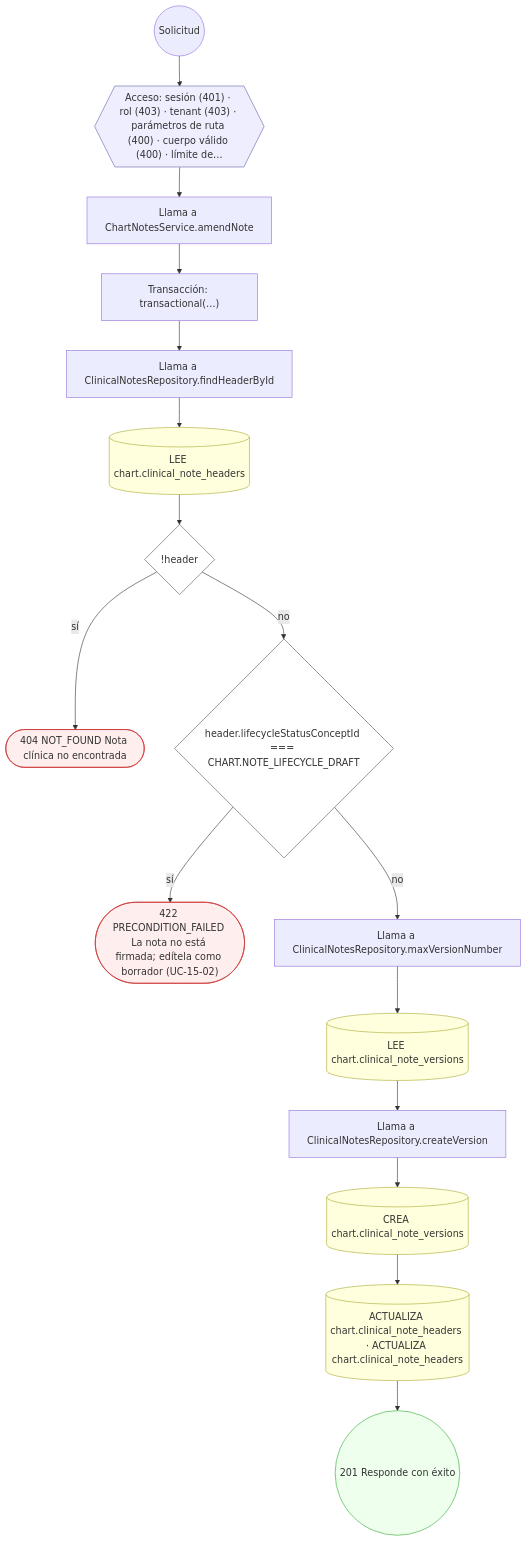
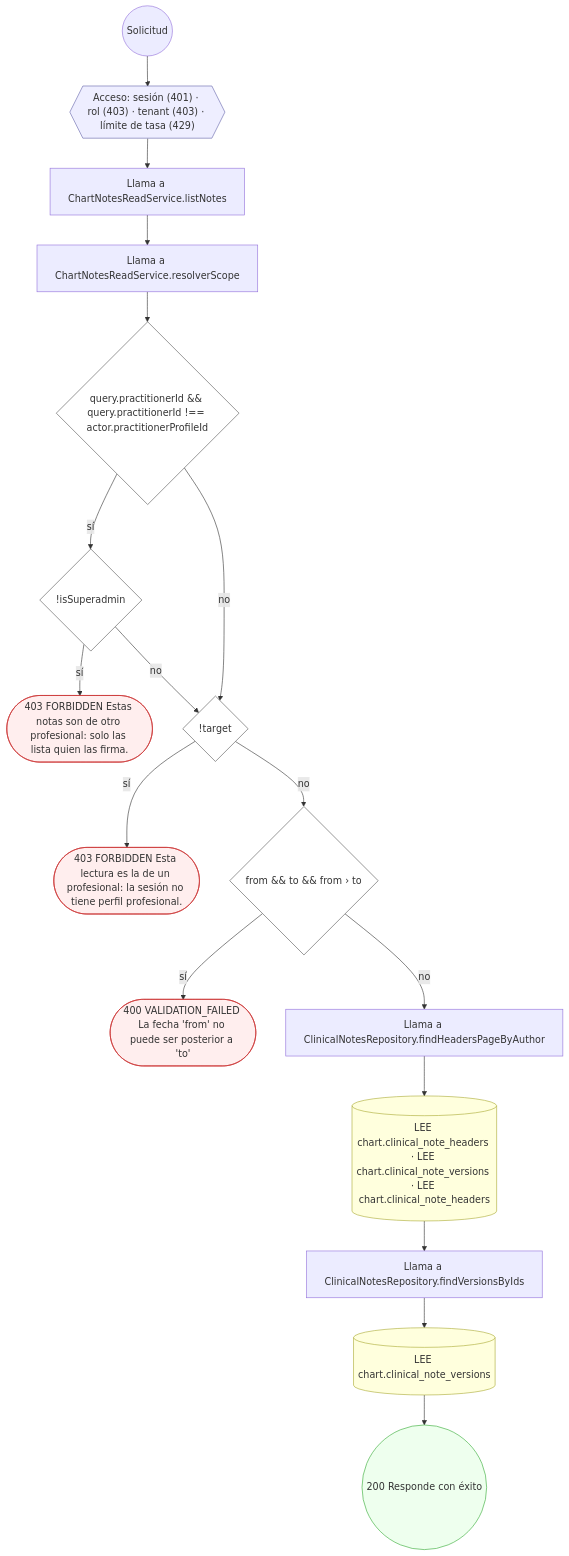
One commit to mdavila-2001/mantra-core-health-api changed diagram 11 of 23 in docs/inventario/flujos/chart.md. Above: the diagram before and after it, drawn with Mermaid. The commit also changed other lines of this file and 451 other files, not shown here.

````diff
--- a/docs/inventario/flujos/chart.md
+++ b/docs/inventario/flujos/chart.md
@@ -351,40 +1187,41 @@
 ```mermaid
 flowchart TD
   n1(("Solicitud")):::inicio
-  n2{{"Acceso: sesión (401) · rol (403) · tenant (403) · parámetros de ruta (400) · cuerpo válido (400) · límite de…"}}:::acceso
+  n2{{"Acceso: sesión (401) · rol (403) · tenant (403) · límite de tasa (429)"}}:::acceso
   n1 --> n2
-  n3["Llama a ChartNotesService.amendNote"]:::llamada
+  n3["Llama a ChartNotesReadService.listNotes"]:::llamada
   n2 --> n3
-  n4["Transacción: transactional(…)"]:::transaccion
+  n4["Llama a ChartNotesReadService.resolverScope"]:::llamada
   n3 --> n4
-  n5["Llama a ClinicalNotesRepository.findHeaderById"]:::llamada
+  n5{"query.practitionerId && query.practitionerId !== actor.practitionerProfileId"}:::decision
   n4 --> n5
-  n6[("LEE chart.clinical_note_headers")]:::efecto
-  n5 --> n6
-  n7{"!header"}:::decision
-  n6 --> n7
-  n8(["404 NOT_FOUND Nota clínica no encontrada"]):::error
-  n7 -->|"sí"| n8
-  n9{"header.lifecycleStatusConceptId === CHART.NOTE_LIFECYCLE_DRAFT"}:::decision
-  n7 -->|"no"| n9
-  n10(["422 PRECONDITION_FAILED La nota no está firmada; edítela como borrador (UC-15-02)"]):::error
-  n9 -->|"sí"| n10
-  n11["Llama a ClinicalNotesRepository.maxVersionNumber"]:::llamada
-  n9 -->|"no"| n11
-  n12[("LEE chart.clinical_note_versions")]:::efecto
-  n11 --> n12
-  n13["Llama a ClinicalNotesRepository.createVersion"]:::llamada
+  n6{"!isSuperadmin"}:::decision
+  n5 -->|"sí"| n6
+  n7(["403 FORBIDDEN Estas notas son de otro profesional: solo las lista quien las firma."]):::error
+  n6 -->|"sí"| n7
+  n8{"!target"}:::decision
+  n6 -->|"no"| n8
+  n5 -->|"no"| n8
+  n9(["403 FORBIDDEN Esta lectura es la de un profesional: la sesión no tiene perfil profesional."]):::error
+  n8 -->|"sí"| n9
+  n10{"from && to && from › to"}:::decision
+  n8 -->|"no"| n10
+  n11(["400 VALIDATION_FAILED La fecha 'from' no puede ser posterior a 'to'"]):::error
+  n10 -->|"sí"| n11
+  n12["Llama a ClinicalNotesRepository.findHeadersPageByAuthor"]:::llamada
+  n10 -->|"no"| n12
+  n13[("LEE chart.clinical_note_headers · LEE chart.clinical_note_versions · LEE chart.clinical_note_headers")]:::efecto
   n12 --> n13
-  n14[("CREA chart.clinical_note_versions")]:::efecto
+  n14["Llama a ClinicalNotesRepository.findVersionsByIds"]:::llamada
   n13 --> n14
-  n15[("ACTUALIZA chart.clinical_note_headers · ACTUALIZA chart.clinical_note_headers")]:::efecto
+  n15[("LEE chart.clinical_note_versions")]:::efecto
   n14 --> n15
-  n16(("201 Responde con éxito")):::ok
+  n16(("200 Responde con éxito")):::ok
   n15 --> n16
   classDef acceso fill:#eef,stroke:#66a
   classDef error fill:#fee,stroke:#c33
   classDef ok fill:#efe,stroke:#3a3
   classDef efecto fill:#ffd,stroke:#aa3
   classDef decision fill:#fff,stroke:#555
   classDef corte fill:#eee,stroke:#999,stroke-dasharray: 4
 ```
````
